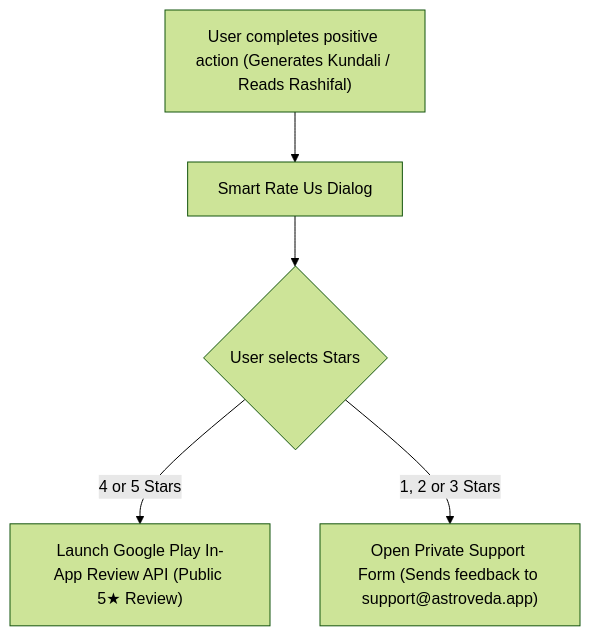
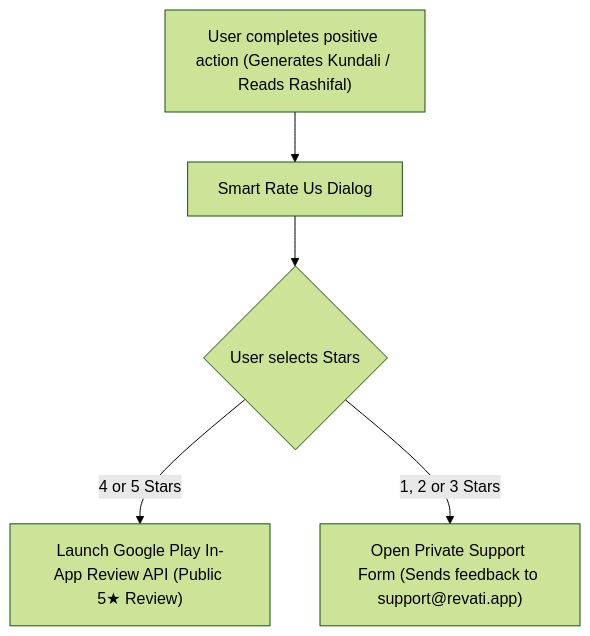
One commit to sksaini946230-rgb/AstroVeda changed the diagram in docs/ASO_AND_MARKETING_PLAYBOOK.md. Above: the diagram before and after it, drawn with Mermaid (forest theme). The commit also changed other lines of this file and 4 other files, not shown here.

````diff
--- a/docs/ASO_AND_MARKETING_PLAYBOOK.md
+++ b/docs/ASO_AND_MARKETING_PLAYBOOK.md
@@ -110,7 +110,7 @@
 ```mermaid
 graph TD
     A["User completes positive action (Generates Kundali / Reads Rashifal)"] --> B["Smart Rate Us Dialog"]
     B --> C{"User selects Stars"}
     C -- 4 or 5 Stars --> D["Launch Google Play In-App Review API (Public 5★ Review)"]
-    C -- 1, 2 or 3 Stars --> E["Open Private Support Form (Sends feedback to support@astroveda.app)"]
+    C -- 1, 2 or 3 Stars --> E["Open Private Support Form (Sends feedback to support@revati.app)"]
 ```
````
